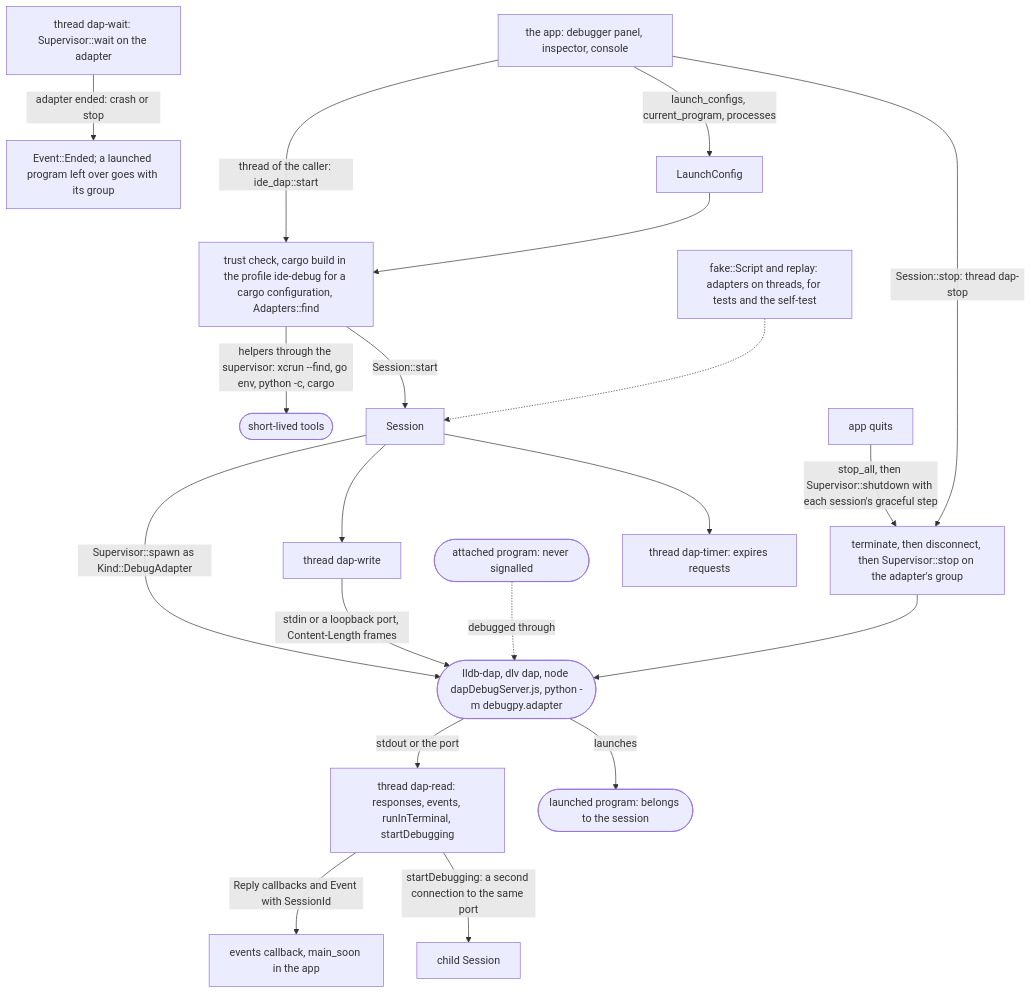
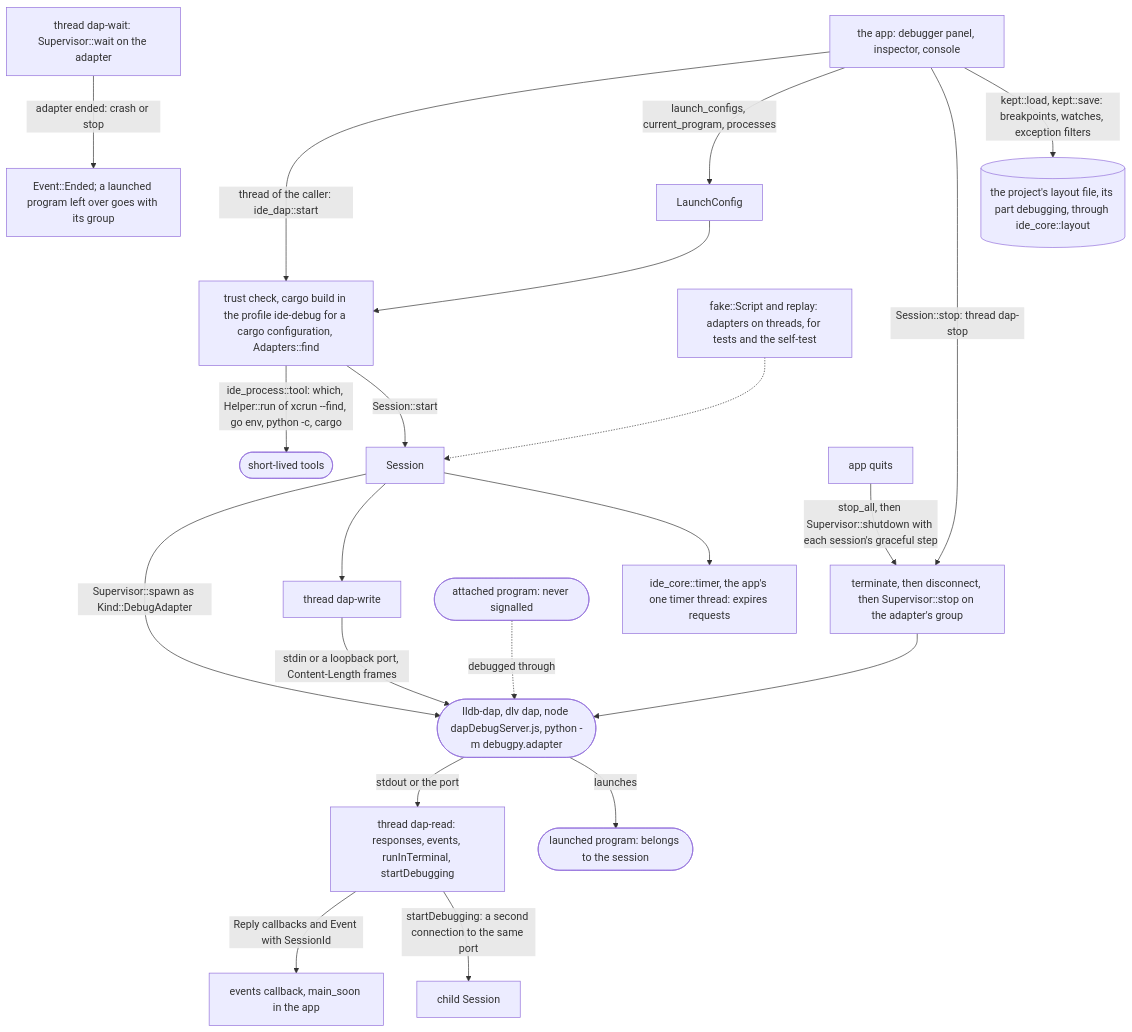
Before and after one commit to sventmueller/dango: the diagram in crates/ide-dap/README.md, drawn with Mermaid. The commit also changed other lines of this file and 826 other files, not shown here.

````diff
--- a/crates/ide-dap/README.md
+++ b/crates/ide-dap/README.md
@@ -12,22 +13,23 @@
 ```mermaid
 flowchart TB
     app["the app: debugger panel, inspector, console"] -->|"thread of the caller: ide_dap::start"| prepare["trust check, cargo build in the profile ide-debug for a cargo configuration, Adapters::find"]
-    prepare -->|"helpers through the supervisor: xcrun --find, go env, python -c, cargo"| helpers(["short-lived tools"])
+    prepare -->|"ide_process::tool: which, Helper::run of xcrun --find, go env, python -c, cargo"| helpers(["short-lived tools"])
     app -->|"launch_configs, current_program, processes"| configs["LaunchConfig"]
     configs --> prepare
     prepare -->|"Session::start"| session["Session"]
     session -->|"Supervisor::spawn as Kind::DebugAdapter"| adapter(["lldb-dap, dlv dap, node dapDebugServer.js, python -m debugpy.adapter"])
     session --> writer["thread dap-write"]
     writer -->|"stdin or a loopback port, Content-Length frames"| adapter
     adapter -->|"stdout or the port"| reader["thread dap-read: responses, events, runInTerminal, startDebugging"]
-    session --> timer["thread dap-timer: expires requests"]
+    session --> timer["ide_core::timer, the app's one timer thread: expires requests"]
     reader -->|"Reply callbacks and Event with SessionId"| sink["events callback, main_soon in the app"]
     reader -->|"startDebugging: a second connection to the same port"| child["child Session"]
     adapter -->|"launches"| program(["launched program: belongs to the session"])
     attached(["attached program: never signalled"]) -.->|"debugged through"| adapter
     app -->|"Session::stop: thread dap-stop"| stop["terminate, then disconnect, then Supervisor::stop on the adapter's group"]
     stop --> adapter
     waiter["thread dap-wait: Supervisor::wait on the adapter"] -->|"adapter ended: crash or stop"| finish["Event::Ended; a launched program left over goes with its group"]
     quit["app quits"] -->|"stop_all, then Supervisor::shutdown with each session's graceful step"| stop
+    app -->|"kept::load, kept::save: breakpoints, watches, exception filters"| kept[("the project's layout file, its part debugging, through ide_core::layout")]
     fake["fake::Script and replay: adapters on threads, for tests and the self-test"] -.-> session
 ```
````
